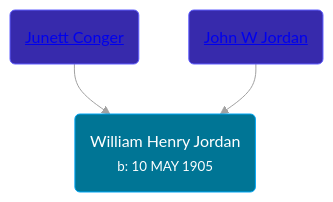
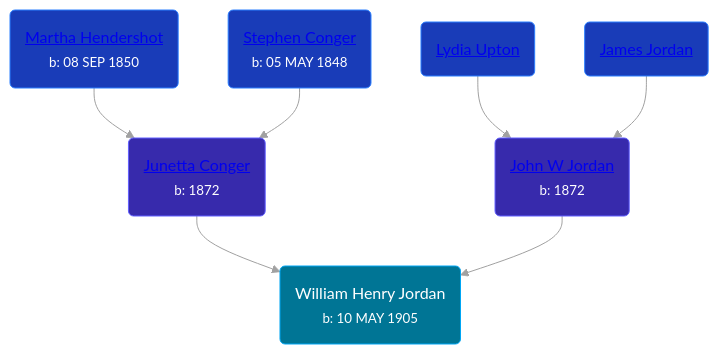
Before and after one commit to wpmgotkh/wpmgotkh.github.io: the diagram in pages/people/3/32091032.md, drawn with Mermaid. The commit also changed other lines of this file and 213 other files, not shown here.

````diff
--- a/pages/people/3/32091032.md
+++ b/pages/people/3/32091032.md
@@ -11,10 +11,14 @@
 ```mermaid
 graph
 classDef grands fill:#193cb8,stroke:#2b7fff,stroke-width:1px,color:#fff;
 classDef parents fill:#372aac,stroke:#615fff,stroke-width:1px,color:#fff;
 classDef primary fill:#007595,stroke:#00a6f4,stroke-width:1px,color:#fff;
 32091032(William Henry Jordan<br /><small>b: 10 MAY 1905</small>):::primary
-55321016(<a class="text-white" href="/people/5/55321016">Junett Conger</a>):::parents-->32091032
-97595723(<a class="text-white" href="/people/9/97595723">John W Jordan</a>):::parents-->32091032
+55321016(<a class="text-white" href="/people/5/55321016">Junetta Conger</a><br /><small>b: 1872</small>):::parents-->32091032
+69252286(<a class="text-white" href="/people/6/69252286">Martha Hendershot</a><br /><small>b: 08 SEP 1850</small>):::grands-->55321016
+42530474(<a class="text-white" href="/people/4/42530474">Stephen Conger</a><br /><small>b: 05 MAY 1848</small>):::grands-->55321016
+97595723(<a class="text-white" href="/people/9/97595723">John W Jordan</a><br /><small>b: 1872</small>):::parents-->32091032
+79955568(<a class="text-white" href="/people/7/79955568">Lydia Upton</a>):::grands-->97595723
+85897272(<a class="text-white" href="/people/8/85897272">James Jordan</a>):::grands-->97595723
 linkStyle default stroke:#a1a1a1
 ```
````
